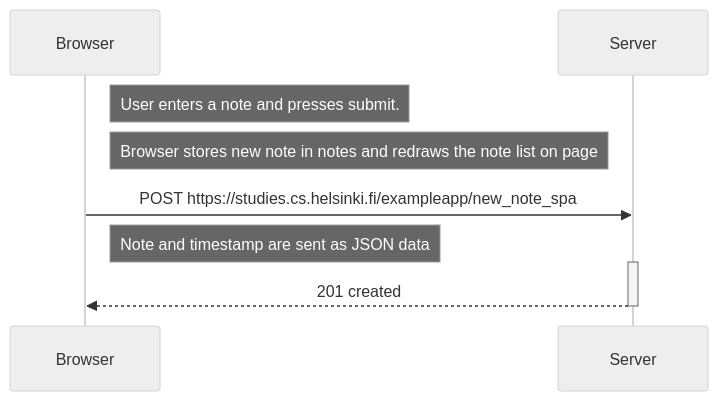
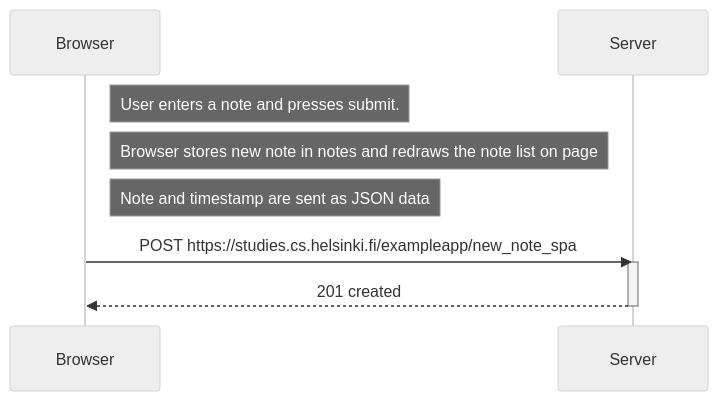
Before and after one commit to tenswords/fullstackopen: the diagram in part0/part0_6.md, drawn with Mermaid (neutral theme).

Commit message:
Small fix to 0.6
readability issue

````diff
--- a/part0/part0_6.md
+++ b/part0/part0_6.md
@@ -3,16 +3,16 @@
 ```mermaid 
 sequenceDiagram
     participant Browser
     participant Server
 
     Note right of Browser: User enters a note and presses submit.
 
     Note right of Browser: Browser stores new note in notes and redraws the note list on page
 
+    Note right of Browser: Note and timestamp are sent as JSON data
     Browser->>Server: POST https://studies.cs.helsinki.fi/exampleapp/new_note_spa
-    Note right of Browser: Note and timestamp are sent as JSON data
     activate Server
-    Server-->>Browser: 201 created 
+    Server-->>Browser: 201 created
     deactivate Server
-    
+
 ```
````
